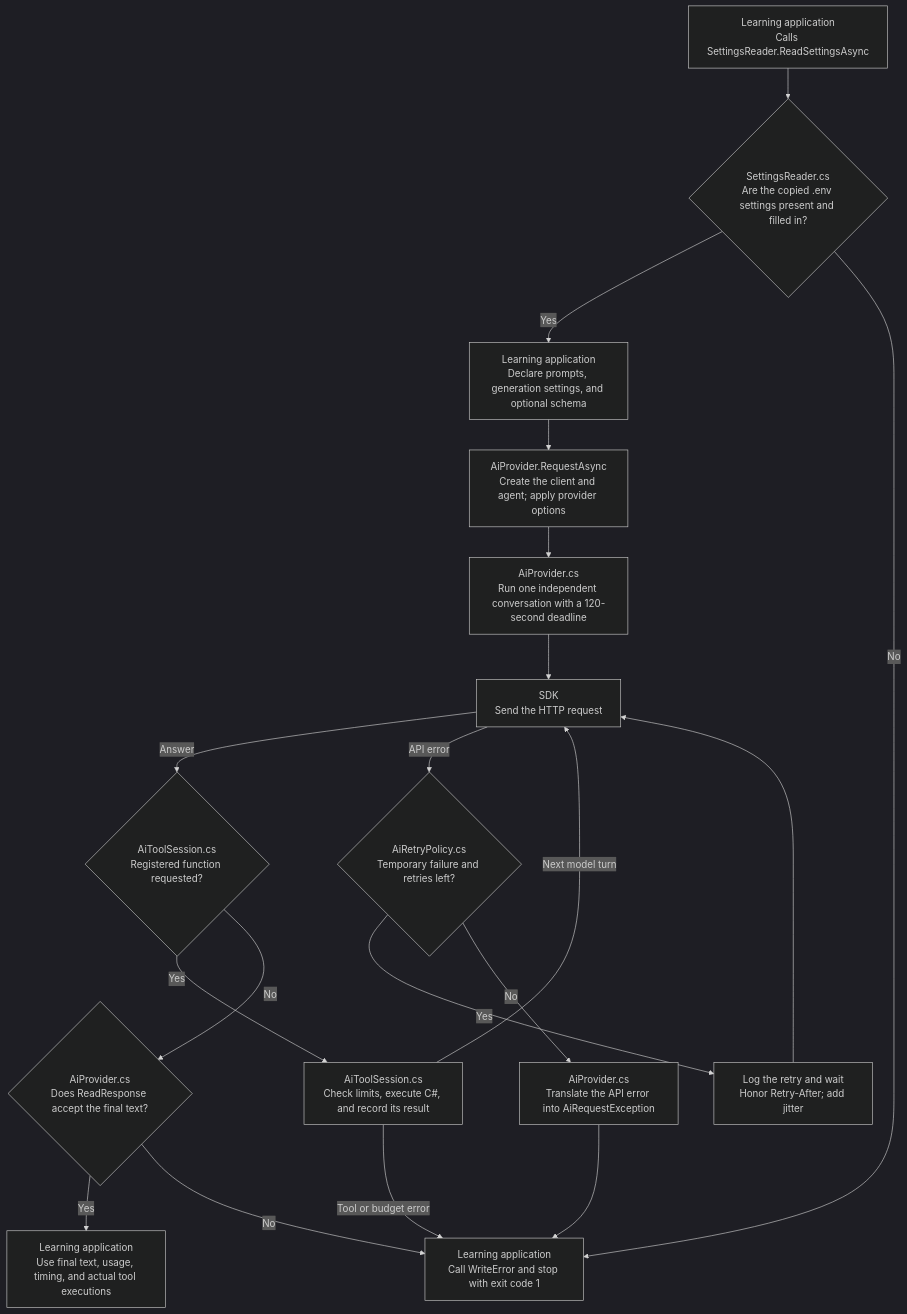
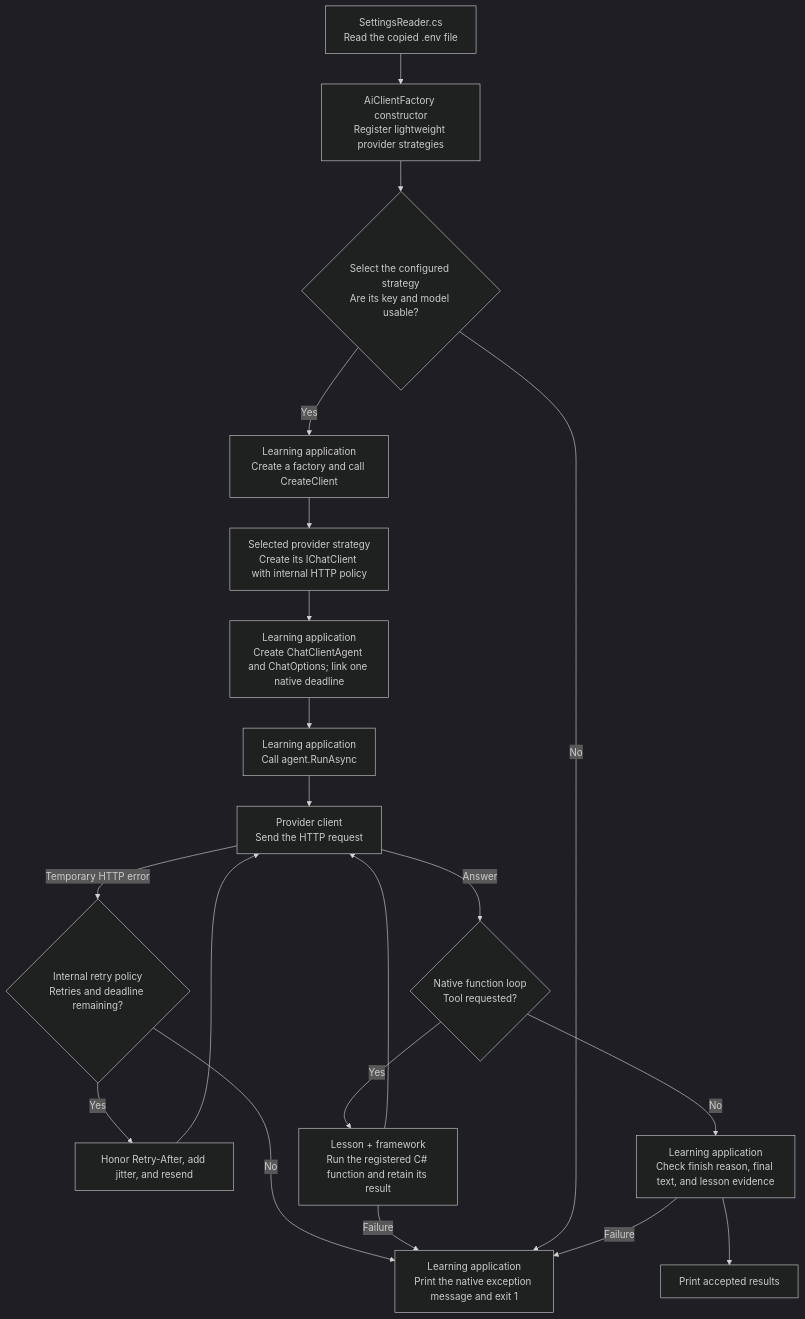
Before and after one commit to KhosroPakmanesh/ai-engineering-training: the diagram in shared/shared/README.md, drawn with Mermaid (dark theme). The commit also changed other lines of this file and 36 other files, not shown here.

Commit message:
Replace AI facade with native agents and provider strategies

````diff
--- a/shared/shared/README.md
+++ b/shared/shared/README.md
@@ -25,21 +20,22 @@
 ```mermaid
 flowchart TD
-    A["Learning application<br/>Calls SettingsReader.ReadSettingsAsync"] --> B{"SettingsReader.cs<br/>Are the copied .env settings present and filled in?"}
-    B -->|Yes| C["Learning application<br/>Declare prompts, generation settings, and optional schema"]
-    C --> P["AiProvider.RequestAsync<br/>Create the client and agent; apply provider options"]
-    P --> D["AiProvider.cs<br/>Run one independent conversation with a 120-second deadline"]
-    D --> R["SDK<br/>Send the HTTP request"]
-    R -->|Answer| T{"AiToolSession.cs<br/>Registered function requested?"}
-    T -->|Yes| U["AiToolSession.cs<br/>Check limits, execute C#, and record its result"]
-    U -->|Next model turn| R
-    U -->|Tool or budget error| H
-    T -->|No| E{"AiProvider.cs<br/>Does ReadResponse accept the final text?"}
-    E -->|Yes| F["Learning application<br/>Use final text, usage, timing, and actual tool executions"]
-    R -->|API error| Q{"AiRetryPolicy.cs<br/>Temporary failure and retries left?"}
-    Q -->|Yes| W["Log the retry and wait<br/>Honor Retry-After; add jitter"]
-    W --> R
-    Q -->|No| G["AiProvider.cs<br/>Translate the API error into AiRequestException"]
-    G --> H["Learning application<br/>Call WriteError and stop with exit code 1"]
-    B -->|No| H
-    E -->|No| H
+    A["SettingsReader.cs<br/>Read the copied .env file"] --> B["AiClientFactory constructor<br/>Register lightweight provider strategies"]
+    B --> C{"Select the configured strategy<br/>Are its key and model usable?"}
+    C -->|Yes| D["Learning application<br/>Create a factory and call CreateClient"]
+    D --> E["Selected provider strategy<br/>Create its IChatClient with internal HTTP policy"]
+    E --> F["Learning application<br/>Create ChatClientAgent and ChatOptions; link one native deadline"]
+    F --> G["Learning application<br/>Call agent.RunAsync"]
+    G --> H["Provider client<br/>Send the HTTP request"]
+    H -->|Temporary HTTP error| R{"Internal retry policy<br/>Retries and deadline remaining?"}
+    R -->|Yes| W["Honor Retry-After, add jitter, and resend"]
+    W --> H
+    R -->|No| X["Learning application<br/>Print the native exception message and exit 1"]
+    H -->|Answer| T{"Native function loop<br/>Tool requested?"}
+    T -->|Yes| U["Lesson + framework<br/>Run the registered C# function and retain its result"]
+    U --> H
+    U -->|Failure| X
+    T -->|No| V["Learning application<br/>Check finish reason, final text, and lesson evidence"]
+    V --> P["Print accepted results"]
+    C -->|No| X
+    V -->|Failure| X
 ```
````
